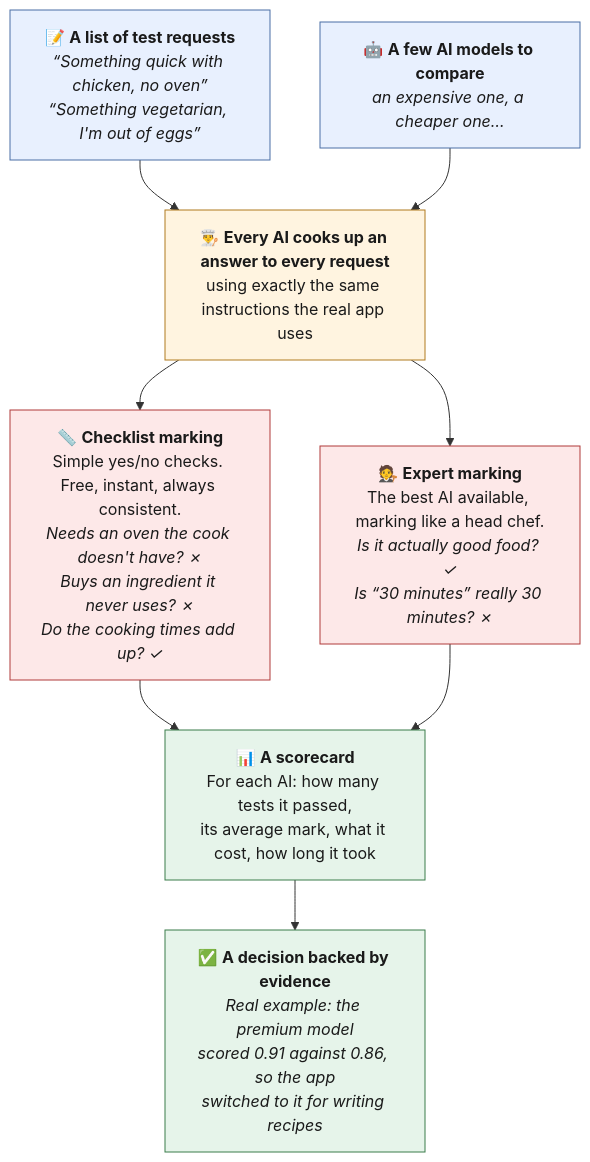
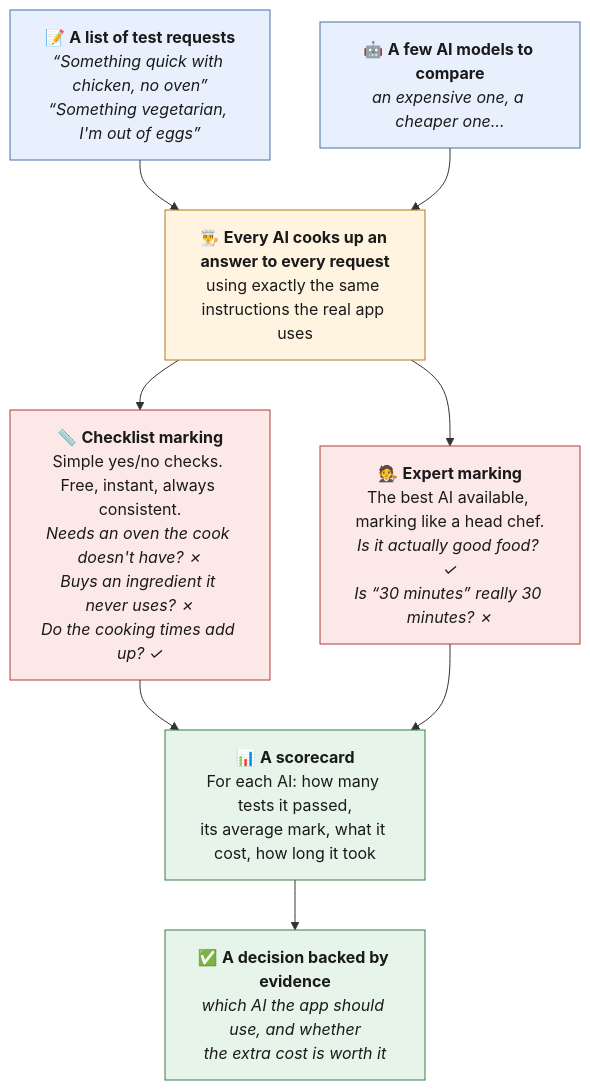
Before and after one commit to onedeeper/CookingOsEval: the diagram in README.md, drawn with Mermaid. The commit also changed other lines of this file and 1 other file, not shown here.

````diff
--- a/README.md
+++ b/README.md
@@ -19,30 +19,30 @@
 ```mermaid
 flowchart TD
     A["📝 <b>A list of test requests</b><br/><i>“Something quick with chicken, no oven”</i><br/><i>“Something vegetarian, I'm out of eggs”</i>"]
     B["🤖 <b>A few AI models to compare</b><br/><i>an expensive one, a cheaper one…</i>"]
 
     C["👨‍🍳 <b>Every AI cooks up an answer to every request</b><br/>using exactly the same instructions the real app uses"]
 
     E["📏 <b>Checklist marking</b><br/>Simple yes/no checks. Free, instant, always consistent.<br/><i>Needs an oven the cook doesn't have? ✗<br/>Buys an ingredient it never uses? ✗<br/>Do the cooking times add up? ✓</i>"]
     F["🧑‍⚖️ <b>Expert marking</b><br/>The best AI available, marking like a head chef.<br/><i>Is it actually good food? ✓<br/>Is “30 minutes” really 30 minutes? ✗</i>"]
 
     G["📊 <b>A scorecard</b><br/>For each AI: how many tests it passed,<br/>its average mark, what it cost, how long it took"]
-    H["✅ <b>A decision backed by evidence</b><br/><i>Real example: the premium model<br/>scored 0.91 against 0.86, so the app<br/>switched to it for writing recipes</i>"]
+    H["✅ <b>A decision backed by evidence</b><br/><i>which AI the app should use, and whether<br/>the extra cost is worth it</i>"]
 
     A --> C
     B --> C
     C --> E
     C --> F
     E --> G
     F --> G
     G --> H
 
     classDef input fill:#e8f0fe,stroke:#4a6fa5,color:#1a1a1a
     classDef step fill:#fff4e0,stroke:#b07a1f,color:#1a1a1a
     classDef grade fill:#fde8e8,stroke:#b03a3a,color:#1a1a1a
     classDef output fill:#e6f4ea,stroke:#3a7d4a,color:#1a1a1a
     class A,B input
     class C step
     class E,F grade
     class G,H output
 ```
````
